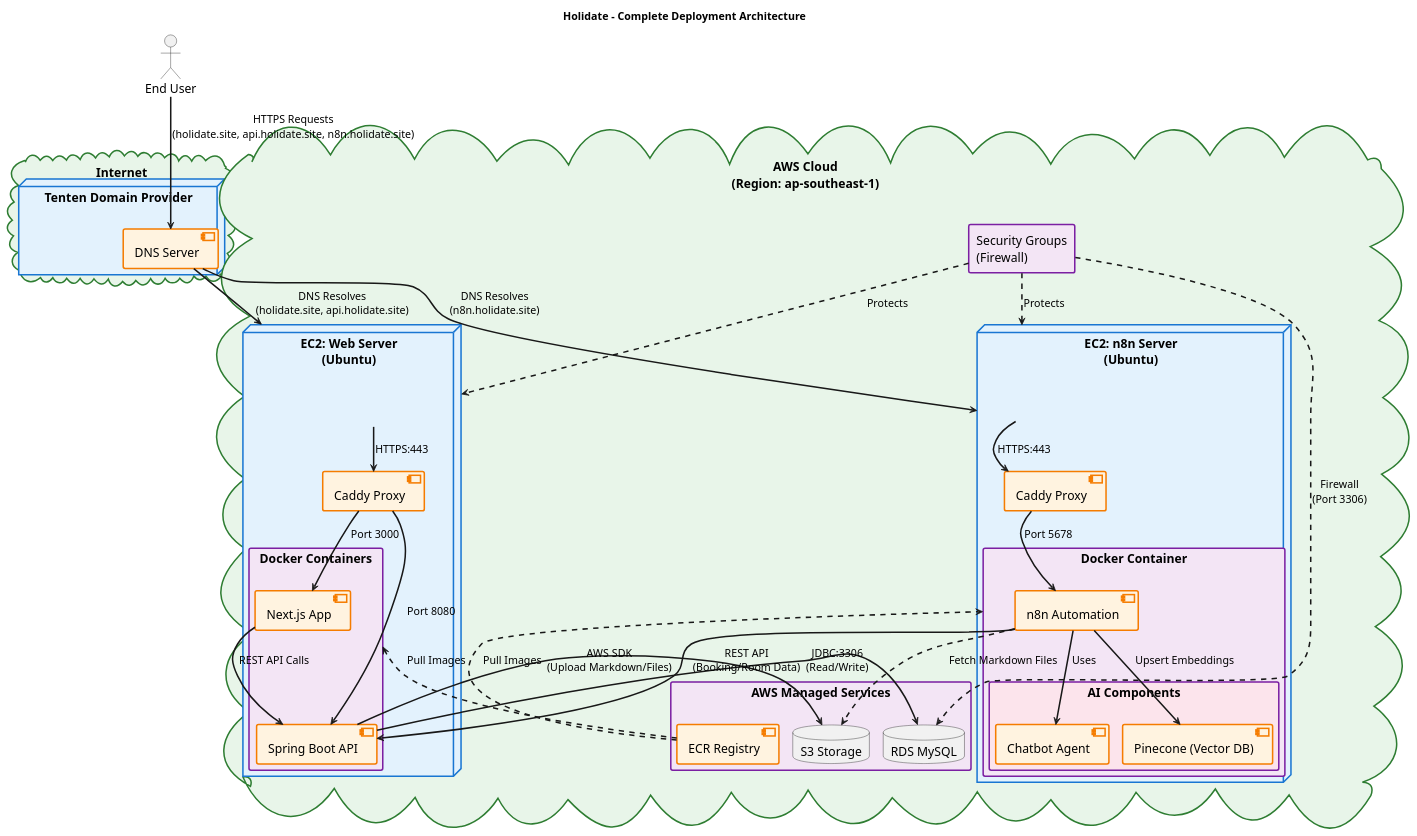
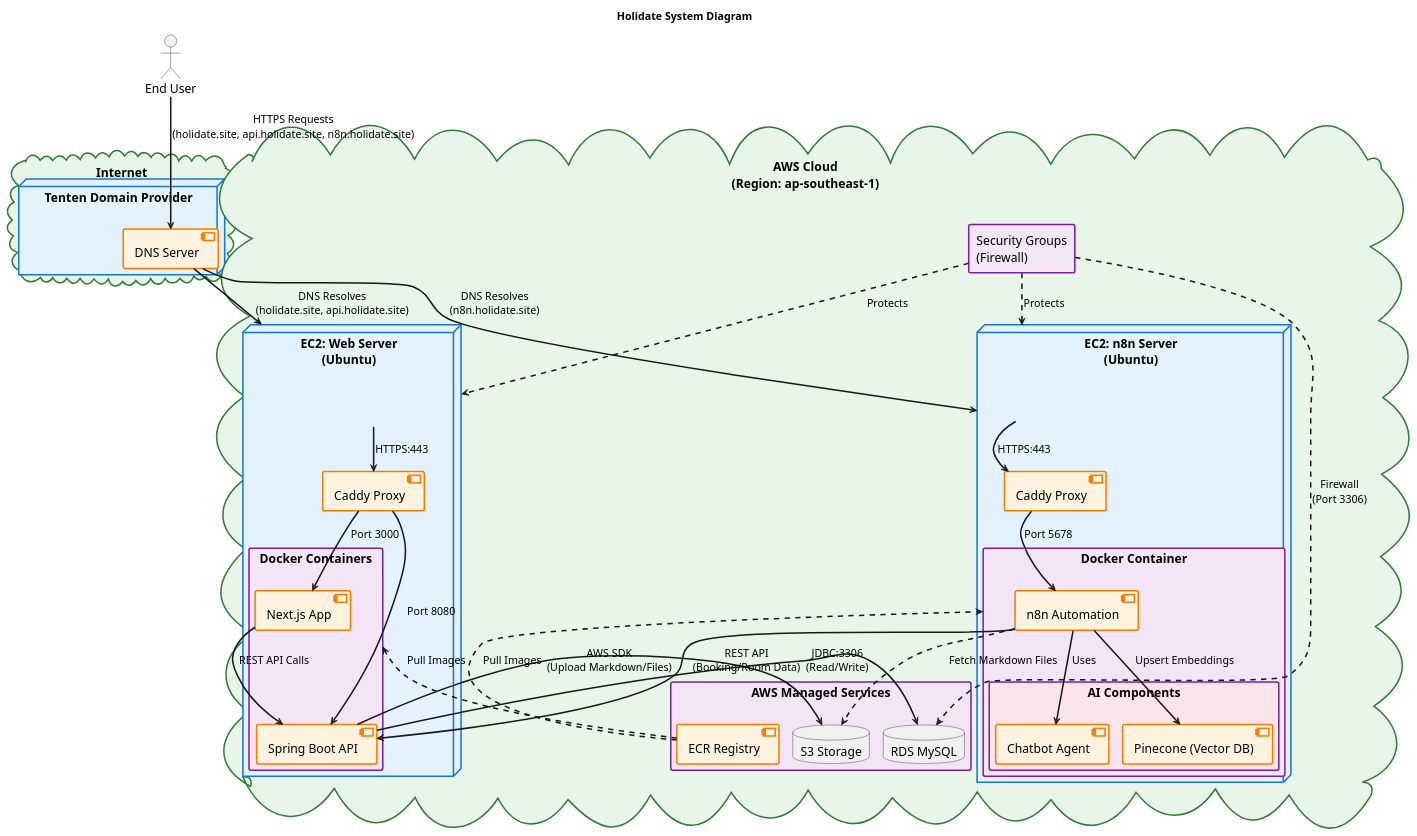
One commit to decoutkhanqindev/holidate-nestjs-springboot-aws changed the diagram in deployment-diagram.puml. Above: the diagram before and after it, drawn with PlantUML.

Commit message:
Update deployment diagram title for clarity: Changed from "Holidate - Complete Deployment Architecture" to "Holidate System Diagram".

```diff
--- a/deployment-diagram.puml
+++ b/deployment-diagram.puml
@@ -1,148 +1,148 @@
 @startuml
 !pragma layout smetana
 
-title Holidate - Complete Deployment Architecture
+title Holidate System Diagram
 top to bottom direction
 
 '===============================================
 ' STYLING - OPTIMIZED FOR PRESENTATIONS
 '===============================================
 skinparam defaultFontSize 16
 skinparam ArrowFontSize 14
 skinparam shadowing false
 skinparam ArrowThickness 2
 
 skinparam cloud {
     BackgroundColor #E8F5E9
     BorderColor #2E7D32
     BorderThickness 2
 }
 
 skinparam node {
     BackgroundColor #E3F2FD
     BorderColor #1976D2
     BorderThickness 2
     FontSize 16
 }
 
 skinparam component {
     BackgroundColor #FFF3E0
     BorderColor #F57C00
     BorderThickness 2
     FontSize 16
 }
 
 skinparam rectangle {
     BackgroundColor #F3E5F5
     BorderColor #7B1FA2
     BorderThickness 2
 }
 
 '===============================================
 ' EXTERNAL LAYER
 '===============================================
 actor "End User" as User
 
 cloud "Internet" as Internet {
     node "Tenten Domain Provider" as DomainProvider {
         component "DNS Server" as DNS
     }
 }
 
 '===============================================
 ' AWS CLOUD INFRASTRUCTURE
 '===============================================
 cloud "AWS Cloud\n(Region: ap-southeast-1)" as AWSCloud {
     
     '-------------------------------------------
     ' AWS MANAGED SERVICES
     '-------------------------------------------
     rectangle "AWS Managed Services" as AWSServices {
         database "S3 Storage" as S3Bucket
         database "RDS MySQL" as RDSDatabase
         component "ECR Registry" as ECRRegistry
     }
     
     '-------------------------------------------
     ' SECURITY GROUPS
     '-------------------------------------------
     rectangle "Security Groups\n(Firewall)" as SecurityGroups
     
     '-------------------------------------------
     ' EC2 INSTANCE 1: WEB SERVER
     '-------------------------------------------
     node "EC2: Web Server\n(Ubuntu)" as WebServer {
         
         component "Caddy Proxy" as CaddyWeb
         
         rectangle "Docker Containers" as WebContainers {
             component "Next.js App" as Frontend
             component "Spring Boot API" as Backend
         }
     }
     
     '-------------------------------------------
     ' EC2 INSTANCE 2: N8N SERVER
     '-------------------------------------------
     node "EC2: n8n Server\n(Ubuntu)" as N8NServer {
         
         component "Caddy Proxy" as CaddyN8N
         
         rectangle "Docker Container" as N8NContainer {
             component "n8n Automation" as N8N
             
             rectangle "AI Components" as AIComponents #FCE4EC {
                 component "Chatbot Agent" as Chatbot
                 component "Pinecone (Vector DB)" as VectorDB
             }
         }
     }
 }
 
 '===============================================
 ' RELATIONSHIPS & DATA FLOW
 '===============================================
 
 '--- User to DNS ---
 User --> DNS : HTTPS Requests\n(holidate.site, api.holidate.site, n8n.holidate.site)
 
 '--- DNS to Servers ---
 DNS --> WebServer : DNS Resolves\n(holidate.site, api.holidate.site)
 DNS --> N8NServer : DNS Resolves\n(n8n.holidate.site)
 
 '--- Security Groups Protection ---
 SecurityGroups ..> RDSDatabase : Firewall\n(Port 3306)
 SecurityGroups ..> WebServer : Protects
 SecurityGroups ..> N8NServer : Protects
 
 '--- Web Server Internal Routing ---
 WebServer --> CaddyWeb : HTTPS:443
 CaddyWeb --> Frontend : Port 3000
 CaddyWeb --> Backend : Port 8080
 
 '--- Frontend to Backend Communication ---
 Frontend --> Backend : REST API Calls
 
 '--- n8n Server Internal Routing ---
 N8NServer --> CaddyN8N : HTTPS:443
 CaddyN8N --> N8N : Port 5678
 
 '--- Backend to AWS Services ---
 Backend --> RDSDatabase : JDBC:3306\n(Read/Write)
 Backend --> S3Bucket : AWS SDK\n(Upload Markdown/Files)
 
 '--- n8n to AWS S3 (RAG Workflow) ---
 N8N ..> S3Bucket : Fetch Markdown Files
 
 '--- Cross-Server Communication ---
 N8N --> Backend : REST API\n(Booking/Room Data)
 
 '--- n8n Internal Components ---
 N8N --> Chatbot : Uses
 N8N --> VectorDB : Upsert Embeddings
 
 '--- AWS ECR to Docker Containers ---
 ECRRegistry ..> WebContainers : Pull Images
 ECRRegistry ..> N8NContainer : Pull Images
 
 @enduml
```
